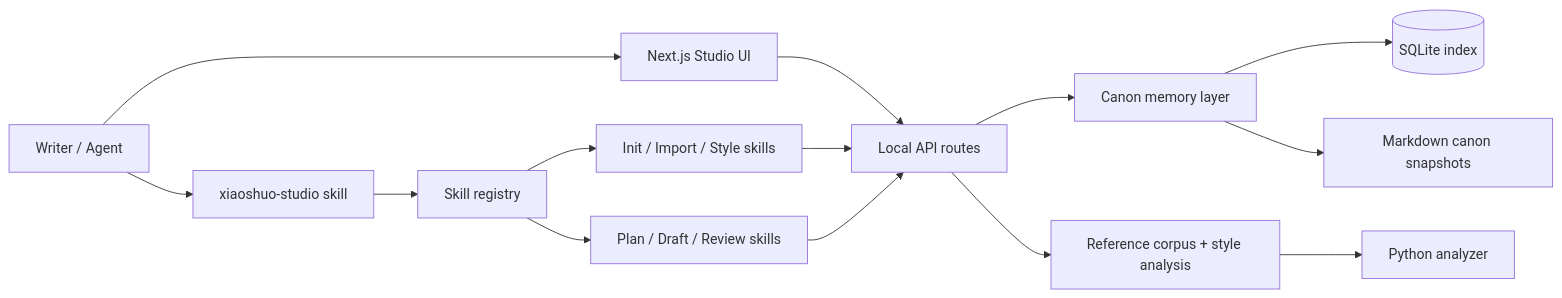
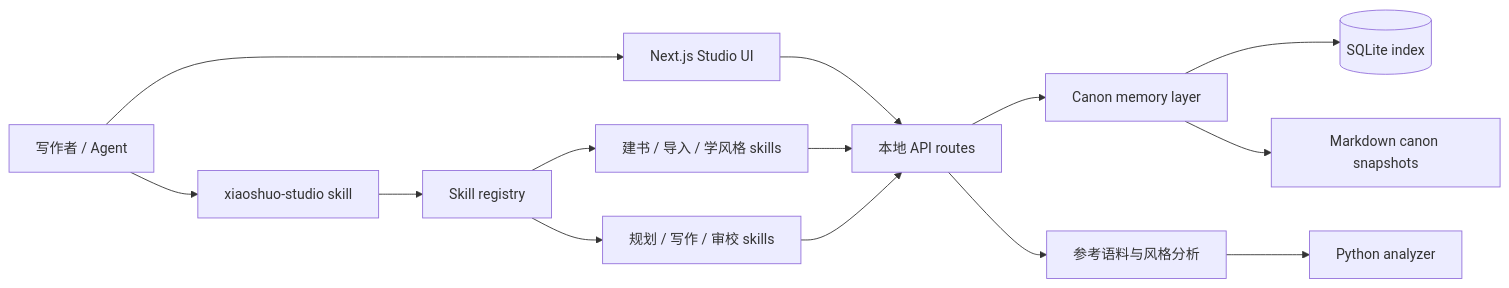
Before and after one commit to Zhao73/xiaoshuo-studio: the first of 2 diagrams in README.md, drawn with Mermaid. The commit also changed other lines of this file and 1 other file, not shown here.

````diff
--- a/README.md
+++ b/README.md
@@ -42,16 +39,16 @@
 ```mermaid
 flowchart LR
-    U[Writer / Agent] --> A[Next.js Studio UI]
+    U[写作者 / Agent] --> A[Next.js Studio UI]
     U --> S[xiaoshuo-studio skill]
     S --> R[Skill registry]
-    R --> C1[Init / Import / Style skills]
-    R --> C2[Plan / Draft / Review skills]
-    A --> API[Local API routes]
+    R --> C1[建书 / 导入 / 学风格 skills]
+    R --> C2[规划 / 写作 / 审校 skills]
+    A --> API[本地 API routes]
     C1 --> API
     C2 --> API
     API --> CANON[Canon memory layer]
-    API --> CORPUS[Reference corpus + style analysis]
+    API --> CORPUS[参考语料与风格分析]
     CANON --> DB[(SQLite index)]
     CANON --> MD[Markdown canon snapshots]
     CORPUS --> PY[Python analyzer]
 ```
````
